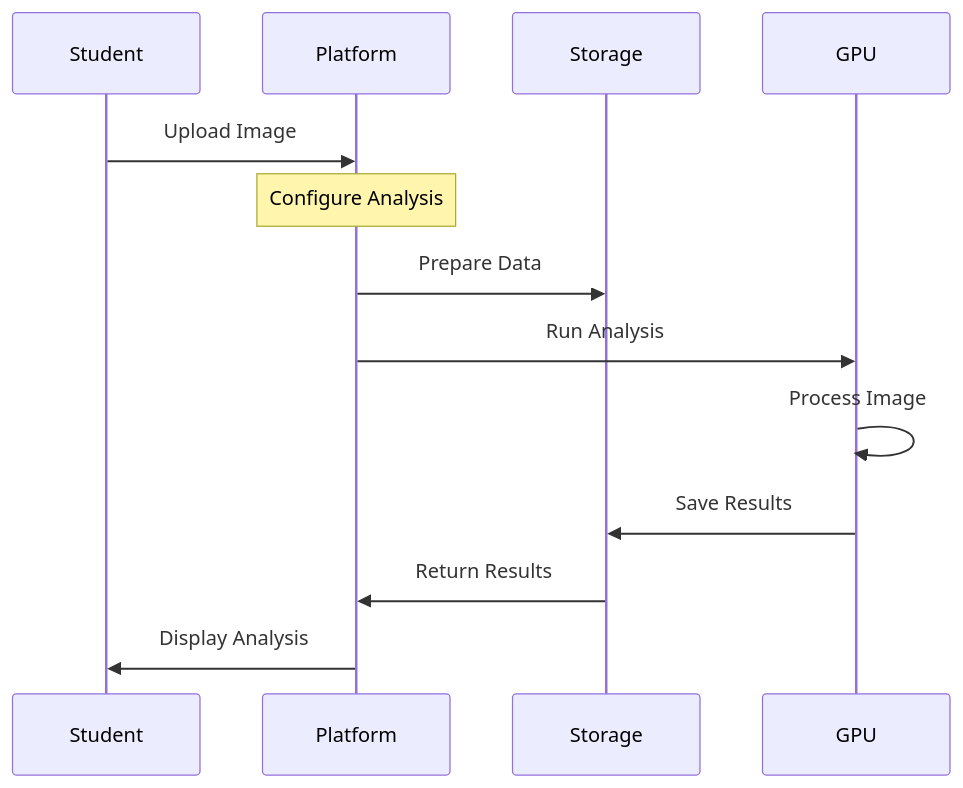
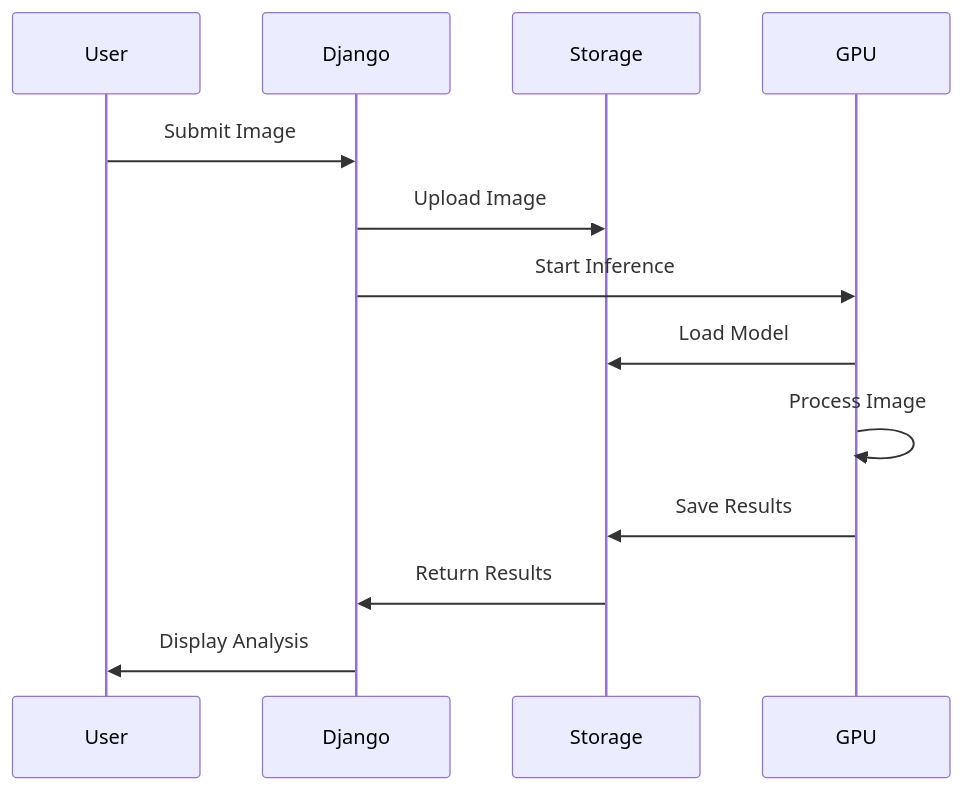
One commit to frontierbio-tech/frontierbio-tech.github.io changed the fourth of 4 diagrams in test2.md. Above: the diagram before and after it, drawn with Mermaid. The commit also changed other lines of this file, not shown here.

````diff
--- a/test2.md
+++ b/test2.md
@@ -162,19 +193,18 @@
 ```mermaid
 sequenceDiagram
-    participant Student
-    participant Platform
+    participant User
+    participant Django
     participant Storage
     participant GPU
 
-    Student->>Platform: Upload Image
-    Note over Platform: Configure Analysis
+    User->>Django: Submit Image
+    Django->>Storage: Upload Image
+    Django->>GPU: Start Inference
     
-    Platform->>Storage: Prepare Data
-    Platform->>GPU: Run Analysis
-    
+    GPU->>Storage: Load Model
     GPU->>GPU: Process Image
     GPU->>Storage: Save Results
     
-    Storage->>Platform: Return Results
-    Platform->>Student: Display Analysis
+    Storage->>Django: Return Results
+    Django->>User: Display Analysis
 ```
````
